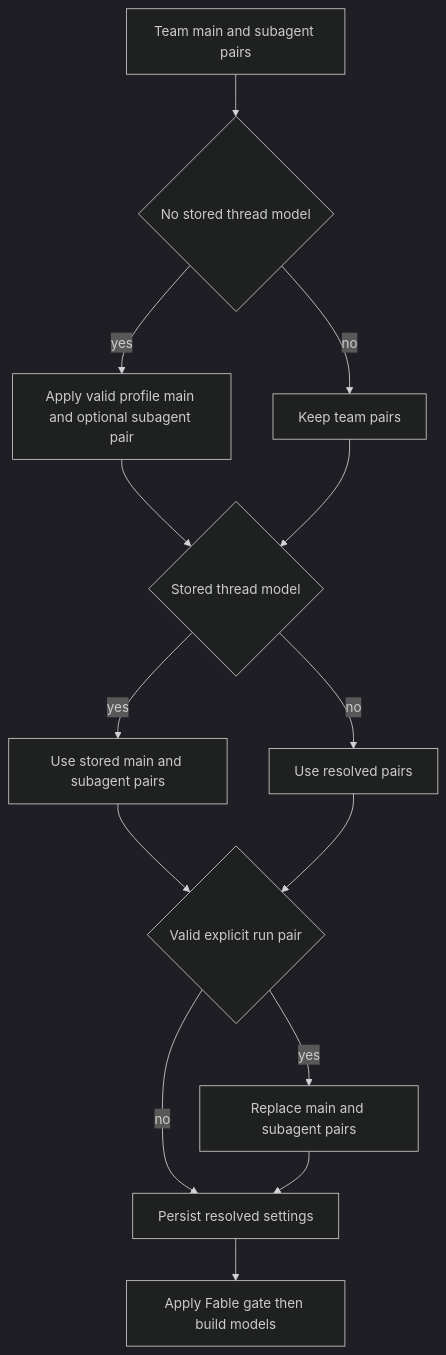
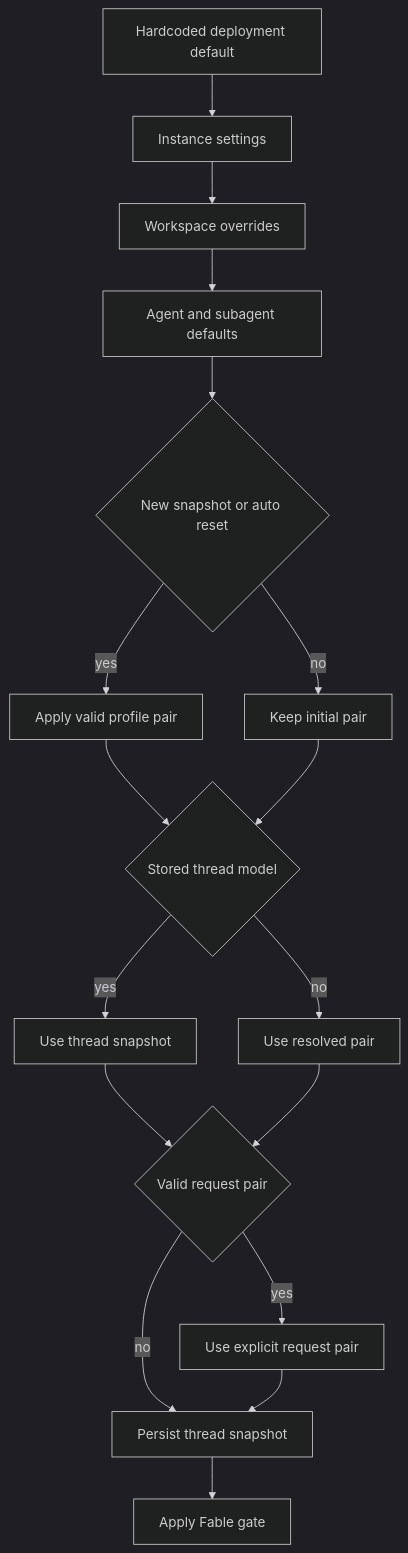
Before and after one commit to langchain-ai/open-swe: the diagram in openwiki/concepts/models-profiles-instructions.md, drawn with Mermaid (dark theme). The commit also changed other lines of this file and 51 other files, not shown here.

````diff
--- a/openwiki/concepts/models-profiles-instructions.md
+++ b/openwiki/concepts/models-profiles-instructions.md
@@ -70,16 +77,19 @@
 ```mermaid
 flowchart TD
-  Team["Team main and subagent pairs"] --> Profile{"No stored thread model"}
-  Profile -- "yes" --> ApplyProfile["Apply valid profile main and optional subagent pair"]
-  Profile -- "no" --> KeepTeam["Keep team pairs"]
-  ApplyProfile --> Stored{"Stored thread model"}
-  KeepTeam --> Stored
-  Stored -- "yes" --> Snapshot["Use stored main and subagent pairs"]
-  Stored -- "no" --> Initial["Use resolved pairs"]
-  Snapshot --> Explicit{"Valid explicit run pair"}
-  Initial --> Explicit
-  Explicit -- "yes" --> Replace["Replace main and subagent pairs"]
-  Explicit -- "no" --> Persist["Persist resolved settings"]
-  Replace --> Persist
-  Persist --> Gate["Apply Fable gate then build models"]
+  Base["Hardcoded deployment default"] --> Instance["Instance settings"]
+  Instance --> Workspace["Workspace overrides"]
+  Workspace --> Initial["Agent and subagent defaults"]
+  Initial --> Profile{"New snapshot or auto reset"}
+  Profile -- "yes" --> ApplyProfile["Apply valid profile pair"]
+  Profile -- "no" --> Existing["Keep initial pair"]
+  ApplyProfile --> Snapshot{"Stored thread model"}
+  Existing --> Snapshot
+  Snapshot -- "yes" --> Stored["Use thread snapshot"]
+  Snapshot -- "no" --> Resolved["Use resolved pair"]
+  Stored --> Request{"Valid request pair"}
+  Resolved --> Request
+  Request -- "yes" --> Override["Use explicit request pair"]
+  Request -- "no" --> Save["Persist thread snapshot"]
+  Override --> Save
+  Save --> Gate["Apply Fable gate"]
 ```
````
